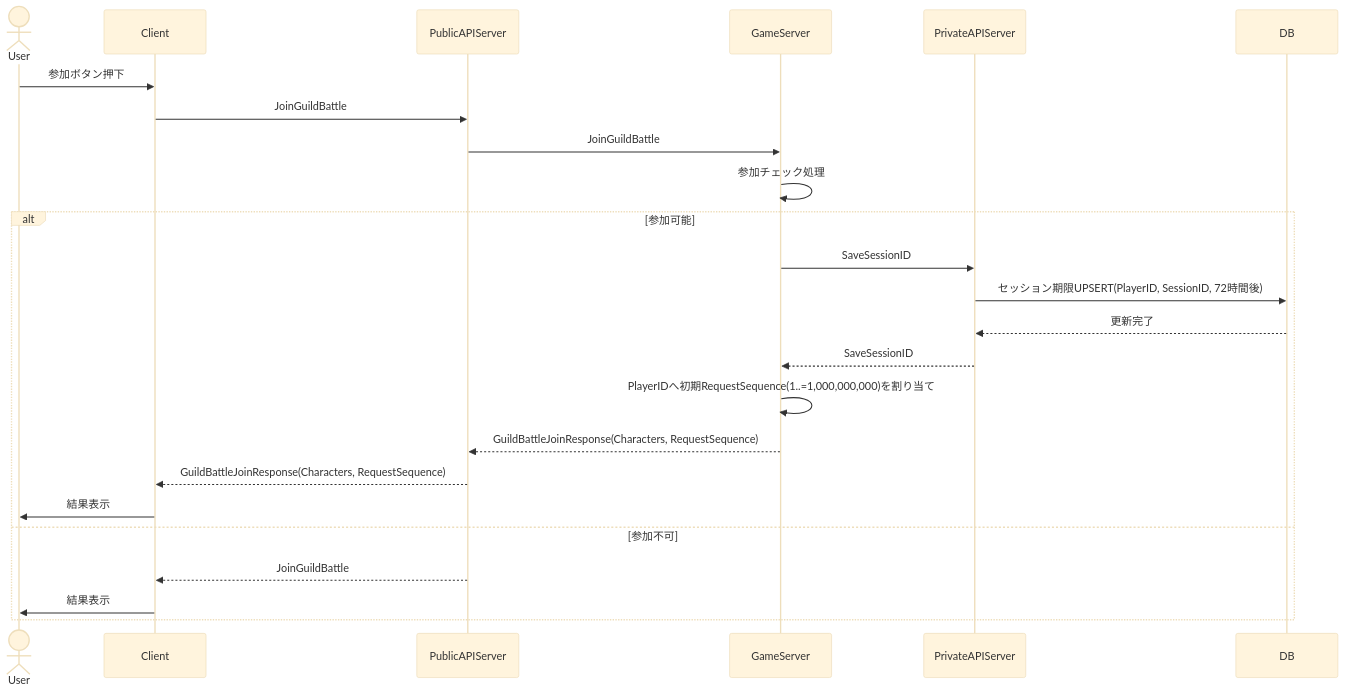
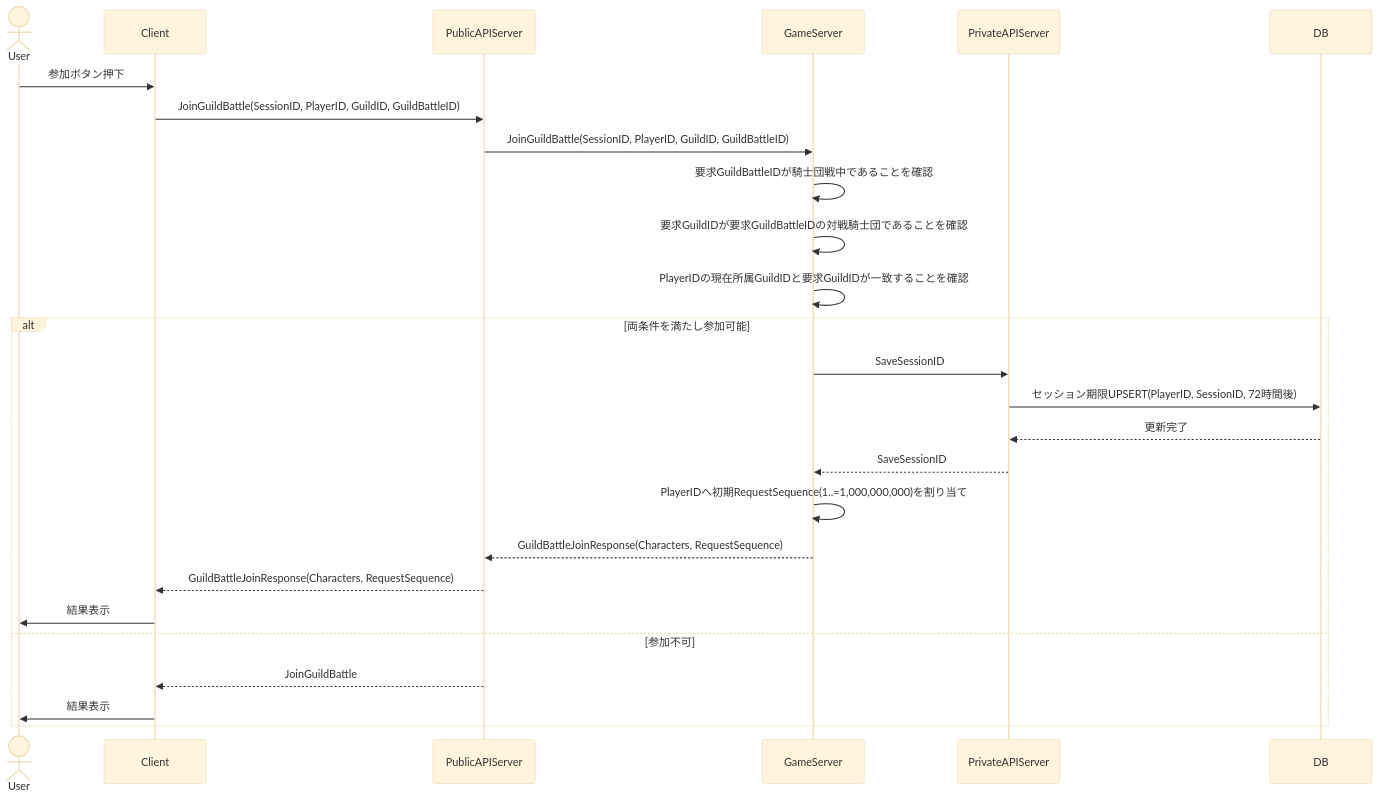
The fifth of 16 diagrams in design/guild_battle.md (ReHydrangeaOdyssey/Specifications), drawn with Mermaid (base theme) before and after one commit. The commit also changed other lines of this file and 19 other files, not shown here.

````diff
--- a/design/guild_battle.md
+++ b/design/guild_battle.md
@@ -140,29 +141,31 @@
 ```mermaid
 sequenceDiagram
     actor User
     participant Client
     participant PublicAPIServer
     participant GameServer
     participant PrivateAPIServer
     participant DB
 
     User ->> Client: 参加ボタン押下
-    Client ->> PublicAPIServer: JoinGuildBattle
-    PublicAPIServer ->> GameServer: JoinGuildBattle
-    GameServer ->> GameServer: 参加チェック処理
+    Client ->> PublicAPIServer: JoinGuildBattle(SessionID, PlayerID, GuildID, GuildBattleID)
+    PublicAPIServer ->> GameServer: JoinGuildBattle(SessionID, PlayerID, GuildID, GuildBattleID)
+    GameServer ->> GameServer: 要求GuildBattleIDが騎士団戦中であることを確認
+    GameServer ->> GameServer: 要求GuildIDが要求GuildBattleIDの対戦騎士団であることを確認
+    GameServer ->> GameServer: PlayerIDの現在所属GuildIDと要求GuildIDが一致することを確認
 
-    alt 参加可能
+    alt 両条件を満たし参加可能
         GameServer ->> PrivateAPIServer: SaveSessionID
         PrivateAPIServer ->> DB: セッション期限UPSERT(PlayerID, SessionID, 72時間後)
         DB -->> PrivateAPIServer: 更新完了
         PrivateAPIServer -->> GameServer: SaveSessionID
         GameServer->>GameServer: PlayerIDへ初期RequestSequence(1..=1,000,000,000)を割り当て
         GameServer -->> PublicAPIServer: GuildBattleJoinResponse(Characters, RequestSequence)
         PublicAPIServer -->> Client: GuildBattleJoinResponse(Characters, RequestSequence)
         Client ->> User: 結果表示
     else 参加不可
         PublicAPIServer -->> Client: JoinGuildBattle
         Client ->> User: 結果表示
     end
 
 ```
````
